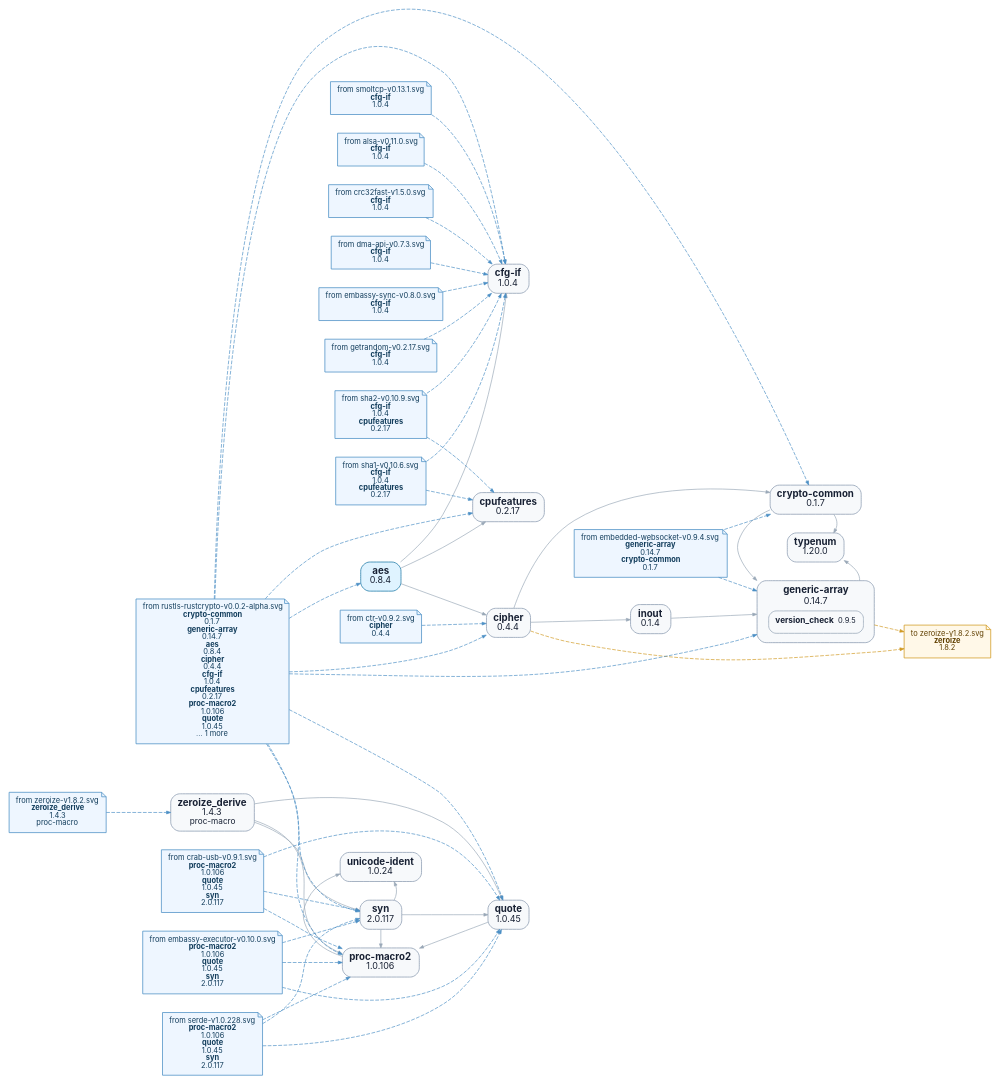
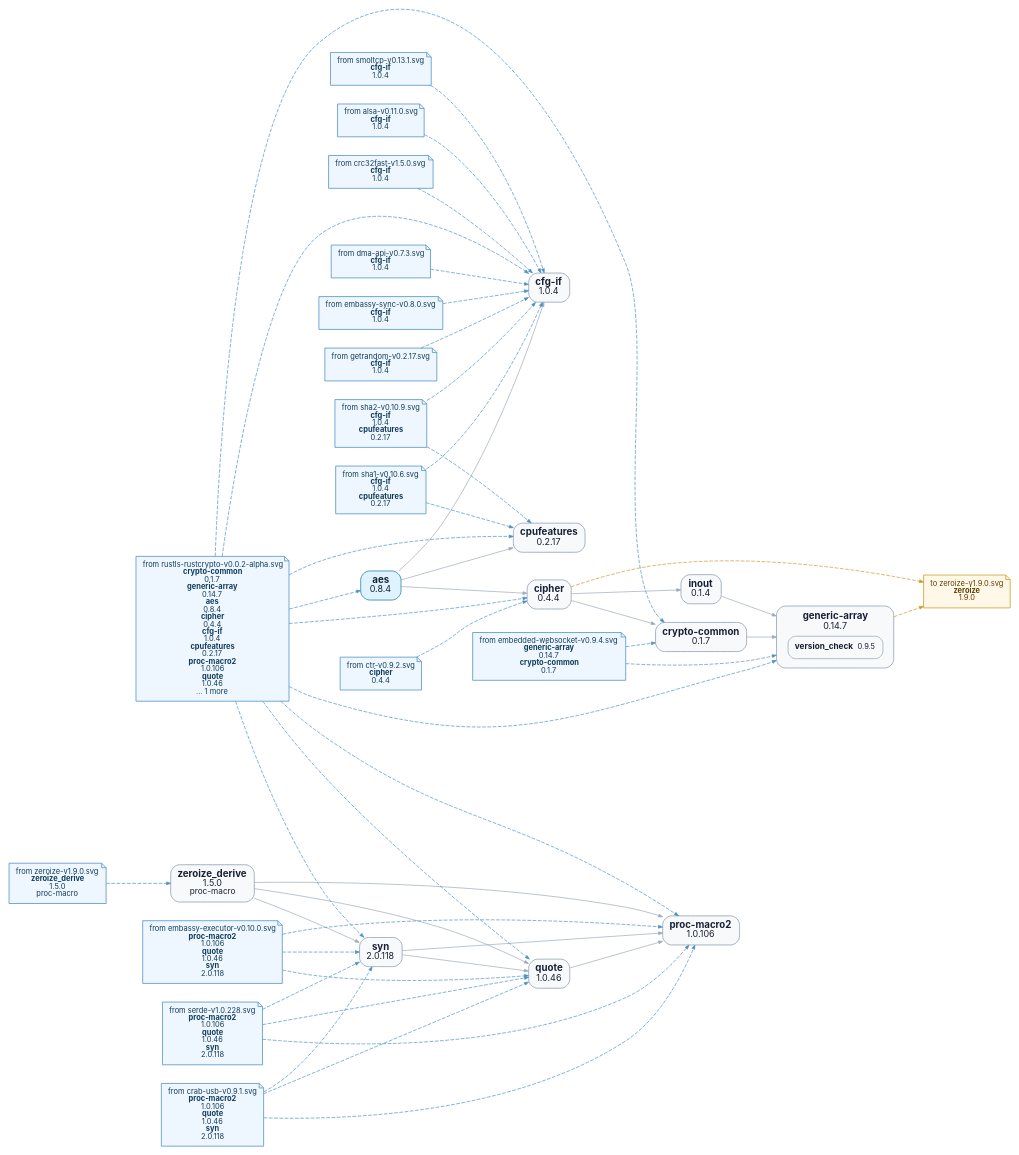
The diagram in tools/depgraph/by-root/aes-v0.8.4.dot (t4ce/TRUEOS), drawn with Graphviz before and after one commit. The commit also changed 364 other files, not shown here.

```diff
--- a/tools/depgraph/by-root/aes-v0.8.4.dot
+++ b/tools/depgraph/by-root/aes-v0.8.4.dot
@@ -1,98 +1,83 @@
 digraph "aes-v0.8.4" {
   graph [rankdir=LR, bgcolor="white", overlap=false, splines=true, nodesep=0.35, ranksep=0.55];
   node [shape=box, style="rounded,filled", fontname="Inter,Arial", fontsize=10, margin="0.13,0.10", color="#8b9bb0", fillcolor="#f7f9fb", fontcolor="#172033"];
   edge [color="#9aa8b8", arrowsize=0.55, penwidth=0.9];
   n0 [label=<<FONT POINT-SIZE="13"><B>aes</B></FONT><BR/><FONT POINT-SIZE="12">0.8.4</FONT>>, fillcolor="#dff3ff", color="#1b78a6"];
   n1 [label=<<FONT POINT-SIZE="13"><B>cfg-if</B></FONT><BR/><FONT POINT-SIZE="12">1.0.4</FONT>>, fillcolor="#f7f9fb", color="#8b9bb0"];
   n2 [label=<<FONT POINT-SIZE="13"><B>cipher</B></FONT><BR/><FONT POINT-SIZE="12">0.4.4</FONT>>, fillcolor="#f7f9fb", color="#8b9bb0"];
   n3 [label=<<FONT POINT-SIZE="13"><B>cpufeatures</B></FONT><BR/><FONT POINT-SIZE="12">0.2.17</FONT>>, fillcolor="#f7f9fb", color="#8b9bb0"];
   n4 [label=<<FONT POINT-SIZE="13"><B>crypto-common</B></FONT><BR/><FONT POINT-SIZE="12">0.1.7</FONT>>, fillcolor="#f7f9fb", color="#8b9bb0"];
   n5 [label=<<TABLE BORDER="0" CELLBORDER="0" CELLSPACING="0" CELLPADDING="0"><TR><TD><FONT POINT-SIZE="13"><B>generic-array</B></FONT></TD></TR>
 <TR><TD><FONT POINT-SIZE="12">0.14.7</FONT></TD></TR><TR><TD><TABLE BORDER="0" CELLBORDER="0" CELLSPACING="6" CELLPADDING="0"><TR><TD><TABLE BORDER="1" CELLBORDER="0" CELLSPACING="0" CELLPADDING="8" COLOR="#9aa8b8" STYLE="ROUNDED"><TR><TD><FONT POINT-SIZE="11"><B>version_check</B></FONT> <FONT POINT-SIZE="10">0.9.5</FONT></TD></TR></TABLE></TD></TR></TABLE></TD></TR></TABLE>>, fillcolor="#f7f9fb", color="#8b9bb0"];
   n6 [label=<<FONT POINT-SIZE="13"><B>inout</B></FONT><BR/><FONT POINT-SIZE="12">0.1.4</FONT>>, fillcolor="#f7f9fb", color="#8b9bb0"];
   n7 [label=<<FONT POINT-SIZE="13"><B>proc-macro2</B></FONT><BR/><FONT POINT-SIZE="12">1.0.106</FONT>>, fillcolor="#f7f9fb", color="#8b9bb0"];
-  n8 [label=<<FONT POINT-SIZE="13"><B>quote</B></FONT><BR/><FONT POINT-SIZE="12">1.0.45</FONT>>, fillcolor="#f7f9fb", color="#8b9bb0"];
-  n9 [label=<<FONT POINT-SIZE="13"><B>syn</B></FONT><BR/><FONT POINT-SIZE="12">2.0.117</FONT>>, fillcolor="#f7f9fb", color="#8b9bb0"];
-  n10 [label=<<FONT POINT-SIZE="13"><B>typenum</B></FONT><BR/><FONT POINT-SIZE="12">1.20.0</FONT>>, fillcolor="#f7f9fb", color="#8b9bb0"];
-  n11 [label=<<FONT POINT-SIZE="13"><B>unicode-ident</B></FONT><BR/><FONT POINT-SIZE="12">1.0.24</FONT>>, fillcolor="#f7f9fb", color="#8b9bb0"];
-  n12 [label=<<FONT POINT-SIZE="13"><B>zeroize_derive</B></FONT><BR/><FONT POINT-SIZE="12">1.4.3</FONT><BR/><FONT POINT-SIZE="11">proc-macro</FONT>>, fillcolor="#f7f9fb", color="#8b9bb0"];
+  n8 [label=<<FONT POINT-SIZE="13"><B>quote</B></FONT><BR/><FONT POINT-SIZE="12">1.0.46</FONT>>, fillcolor="#f7f9fb", color="#8b9bb0"];
+  n9 [label=<<FONT POINT-SIZE="13"><B>syn</B></FONT><BR/><FONT POINT-SIZE="12">2.0.118</FONT>>, fillcolor="#f7f9fb", color="#8b9bb0"];
+  n10 [label=<<FONT POINT-SIZE="13"><B>zeroize_derive</B></FONT><BR/><FONT POINT-SIZE="12">1.5.0</FONT><BR/><FONT POINT-SIZE="11">proc-macro</FONT>>, fillcolor="#f7f9fb", color="#8b9bb0"];
   n0 -> n1;
   n0 -> n2;
   n0 -> n3;
   n2 -> n4;
   n2 -> n6;
   n4 -> n5;
-  n4 -> n10 [constraint=false, weight=4];
-  n5 -> n10 [constraint=false, weight=4];
   n6 -> n5;
-  n7 -> n11 [constraint=false, weight=4];
   n8 -> n7;
   n9 -> n7;
   n9 -> n8;
-  n9 -> n11 [constraint=false, weight=4];
-  n12 -> n7;
-  n12 -> n8;
-  n12 -> n9;
-  out0 [label=<to zeroize-v1.8.2.svg<BR/><B>zeroize</B><BR/>1.8.2>, shape=note, style="filled", fillcolor="#fff8e8", color="#d19922", fontcolor="#614000"];
+  n10 -> n7;
+  n10 -> n8;
+  n10 -> n9;
+  out0 [label=<to zeroize-v1.9.0.svg<BR/><B>zeroize</B><BR/>1.9.0>, shape=note, style="filled", fillcolor="#fff8e8", color="#d19922", fontcolor="#614000"];
   n2 -> out0 [style=dashed, color="#d19922"];
   n5 -> out0 [style=dashed, color="#d19922"];
   in1 [label=<from alsa-v0.11.0.svg<BR/><B>cfg-if</B><BR/>1.0.4>, shape=note, style="filled", fillcolor="#eef6ff", color="#4b8fc5", fontcolor="#123d5c"];
   in1 -> n1 [style=dashed, color="#4b8fc5"];
-  in2 [label=<from crab-usb-v0.9.1.svg<BR/><B>proc-macro2</B><BR/>1.0.106<BR/><B>quote</B><BR/>1.0.45<BR/><B>syn</B><BR/>2.0.117>, shape=note, style="filled", fillcolor="#eef6ff", color="#4b8fc5", fontcolor="#123d5c"];
+  in2 [label=<from crab-usb-v0.9.1.svg<BR/><B>proc-macro2</B><BR/>1.0.106<BR/><B>quote</B><BR/>1.0.46<BR/><B>syn</B><BR/>2.0.118>, shape=note, style="filled", fillcolor="#eef6ff", color="#4b8fc5", fontcolor="#123d5c"];
   in2 -> n7 [style=dashed, color="#4b8fc5"];
   in2 -> n8 [style=dashed, color="#4b8fc5"];
   in2 -> n9 [style=dashed, color="#4b8fc5"];
   in3 [label=<from crc32fast-v1.5.0.svg<BR/><B>cfg-if</B><BR/>1.0.4>, shape=note, style="filled", fillcolor="#eef6ff", color="#4b8fc5", fontcolor="#123d5c"];
   in3 -> n1 [style=dashed, color="#4b8fc5"];
   in4 [label=<from ctr-v0.9.2.svg<BR/><B>cipher</B><BR/>0.4.4>, shape=note, style="filled", fillcolor="#eef6ff", color="#4b8fc5", fontcolor="#123d5c"];
   in4 -> n2 [style=dashed, color="#4b8fc5"];
   in5 [label=<from dma-api-v0.7.3.svg<BR/><B>cfg-if</B><BR/>1.0.4>, shape=note, style="filled", fillcolor="#eef6ff", color="#4b8fc5", fontcolor="#123d5c"];
   in5 -> n1 [style=dashed, color="#4b8fc5"];
-  in6 [label=<from embassy-executor-v0.10.0.svg<BR/><B>proc-macro2</B><BR/>1.0.106<BR/><B>quote</B><BR/>1.0.45<BR/><B>syn</B><BR/>2.0.117>, shape=note, style="filled", fillcolor="#eef6ff", color="#4b8fc5", fontcolor="#123d5c"];
+  in6 [label=<from embassy-executor-v0.10.0.svg<BR/><B>proc-macro2</B><BR/>1.0.106<BR/><B>quote</B><BR/>1.0.46<BR/><B>syn</B><BR/>2.0.118>, shape=note, style="filled", fillcolor="#eef6ff", color="#4b8fc5", fontcolor="#123d5c"];
   in6 -> n7 [style=dashed, color="#4b8fc5"];
   in6 -> n8 [style=dashed, color="#4b8fc5"];
   in6 -> n9 [style=dashed, color="#4b8fc5"];
   in7 [label=<from embassy-sync-v0.8.0.svg<BR/><B>cfg-if</B><BR/>1.0.4>, shape=note, style="filled", fillcolor="#eef6ff", color="#4b8fc5", fontcolor="#123d5c"];
   in7 -> n1 [style=dashed, color="#4b8fc5"];
   in8 [label=<from embedded-websocket-v0.9.4.svg<BR/><B>generic-array</B><BR/>0.14.7<BR/><B>crypto-common</B><BR/>0.1.7>, shape=note, style="filled", fillcolor="#eef6ff", color="#4b8fc5", fontcolor="#123d5c"];
   in8 -> n4 [style=dashed, color="#4b8fc5"];
   in8 -> n5 [style=dashed, color="#4b8fc5"];
   in9 [label=<from getrandom-v0.2.17.svg<BR/><B>cfg-if</B><BR/>1.0.4>, shape=note, style="filled", fillcolor="#eef6ff", color="#4b8fc5", fontcolor="#123d5c"];
   in9 -> n1 [style=dashed, color="#4b8fc5"];
-  in10 [label=<from rustls-rustcrypto-v0.0.2-alpha.svg<BR/><B>crypto-common</B><BR/>0.1.7<BR/><B>generic-array</B><BR/>0.14.7<BR/><B>aes</B><BR/>0.8.4<BR/><B>cipher</B><BR/>0.4.4<BR/><B>cfg-if</B><BR/>1.0.4<BR/><B>cpufeatures</B><BR/>0.2.17<BR/><B>proc-macro2</B><BR/>1.0.106<BR/><B>quote</B><BR/>1.0.45<BR/>... 1 more>, shape=note, style="filled", fillcolor="#eef6ff", color="#4b8fc5", fontcolor="#123d5c"];
+  in10 [label=<from rustls-rustcrypto-v0.0.2-alpha.svg<BR/><B>crypto-common</B><BR/>0.1.7<BR/><B>generic-array</B><BR/>0.14.7<BR/><B>aes</B><BR/>0.8.4<BR/><B>cipher</B><BR/>0.4.4<BR/><B>cfg-if</B><BR/>1.0.4<BR/><B>cpufeatures</B><BR/>0.2.17<BR/><B>proc-macro2</B><BR/>1.0.106<BR/><B>quote</B><BR/>1.0.46<BR/>... 1 more>, shape=note, style="filled", fillcolor="#eef6ff", color="#4b8fc5", fontcolor="#123d5c"];
   in10 -> n0 [style=dashed, color="#4b8fc5"];
   in10 -> n1 [style=dashed, color="#4b8fc5"];
   in10 -> n2 [style=dashed, color="#4b8fc5"];
   in10 -> n3 [style=dashed, color="#4b8fc5"];
   in10 -> n4 [style=dashed, color="#4b8fc5"];
   in10 -> n5 [style=dashed, color="#4b8fc5"];
   in10 -> n7 [style=dashed, color="#4b8fc5"];
   in10 -> n8 [style=dashed, color="#4b8fc5"];
   in10 -> n9 [style=dashed, color="#4b8fc5"];
-  in11 [label=<from serde-v1.0.228.svg<BR/><B>proc-macro2</B><BR/>1.0.106<BR/><B>quote</B><BR/>1.0.45<BR/><B>syn</B><BR/>2.0.117>, shape=note, style="filled", fillcolor="#eef6ff", color="#4b8fc5", fontcolor="#123d5c"];
+  in11 [label=<from serde-v1.0.228.svg<BR/><B>proc-macro2</B><BR/>1.0.106<BR/><B>quote</B><BR/>1.0.46<BR/><B>syn</B><BR/>2.0.118>, shape=note, style="filled", fillcolor="#eef6ff", color="#4b8fc5", fontcolor="#123d5c"];
   in11 -> n7 [style=dashed, color="#4b8fc5"];
   in11 -> n8 [style=dashed, color="#4b8fc5"];
   in11 -> n9 [style=dashed, color="#4b8fc5"];
   in12 [label=<from sha1-v0.10.6.svg<BR/><B>cfg-if</B><BR/>1.0.4<BR/><B>cpufeatures</B><BR/>0.2.17>, shape=note, style="filled", fillcolor="#eef6ff", color="#4b8fc5", fontcolor="#123d5c"];
   in12 -> n1 [style=dashed, color="#4b8fc5"];
   in12 -> n3 [style=dashed, color="#4b8fc5"];
   in13 [label=<from sha2-v0.10.9.svg<BR/><B>cfg-if</B><BR/>1.0.4<BR/><B>cpufeatures</B><BR/>0.2.17>, shape=note, style="filled", fillcolor="#eef6ff", color="#4b8fc5", fontcolor="#123d5c"];
   in13 -> n1 [style=dashed, color="#4b8fc5"];
   in13 -> n3 [style=dashed, color="#4b8fc5"];
   in14 [label=<from smoltcp-v0.13.1.svg<BR/><B>cfg-if</B><BR/>1.0.4>, shape=note, style="filled", fillcolor="#eef6ff", color="#4b8fc5", fontcolor="#123d5c"];
   in14 -> n1 [style=dashed, color="#4b8fc5"];
-  in15 [label=<from zeroize-v1.8.2.svg<BR/><B>zeroize_derive</B><BR/>1.4.3<BR/>proc-macro>, shape=note, style="filled", fillcolor="#eef6ff", color="#4b8fc5", fontcolor="#123d5c"];
-  in15 -> n12 [style=dashed, color="#4b8fc5"];
-  {
-    rank=same;
-    n4; n10; n5;
-    n4 -> n10 -> n5 [style=invis, weight=120];
-  }
-  {
-    rank=same;
-    n7; n11; n9;
-    n7 -> n11 -> n9 [style=invis, weight=120];
-  }
-  // collapsed leaf ends: 1
-  // centered two-input leaves: 2
+  in15 [label=<from zeroize-v1.9.0.svg<BR/><B>zeroize_derive</B><BR/>1.5.0<BR/>proc-macro>, shape=note, style="filled", fillcolor="#eef6ff", color="#4b8fc5", fontcolor="#123d5c"];
+  in15 -> n10 [style=dashed, color="#4b8fc5"];
+  // collapsed leaf ends: 3
+  // centered two-input leaves: 0
+  // nested two-input leaves: 2
 }
```
